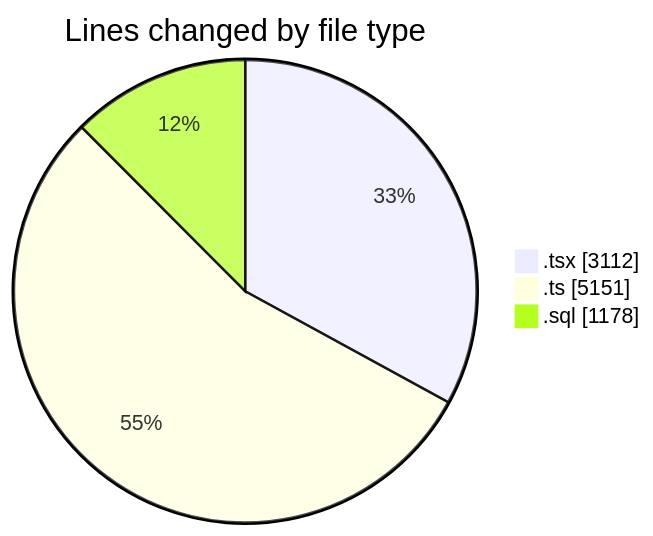
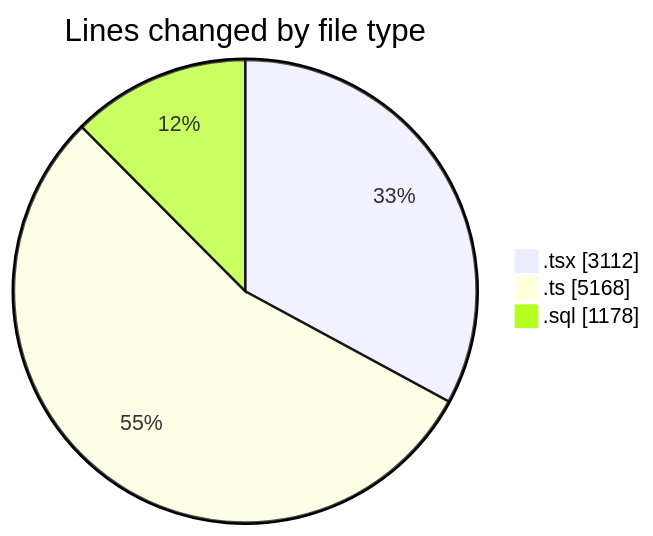
One commit to lephambinh05/code-tracking changed the first of 2 diagrams in 2025-09-05/hiai-phf/README.md. Above: the diagram before and after it, drawn with Mermaid. The commit also changed other lines of this file and 1 other file, not shown here.

````diff
--- a/2025-09-05/hiai-phf/README.md
+++ b/2025-09-05/hiai-phf/README.md
@@ -77,7 +77,7 @@
 ```mermaid
 pie showData
 title Lines changed by file type
 ".tsx" : 3112
-".ts" : 5151
+".ts" : 5168
 ".sql" : 1178
 ```
````
